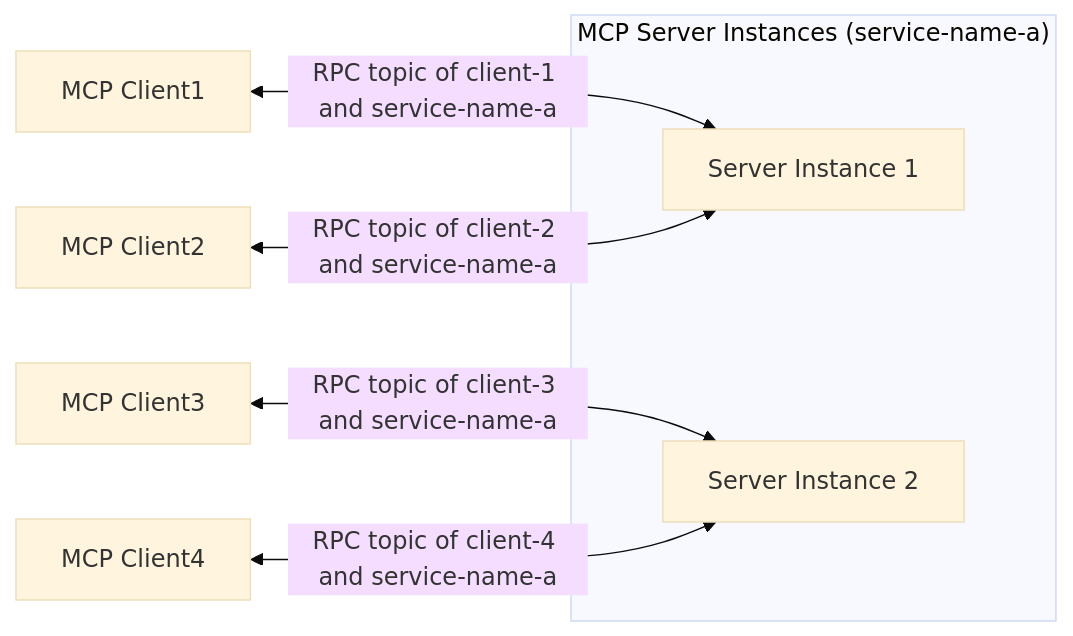
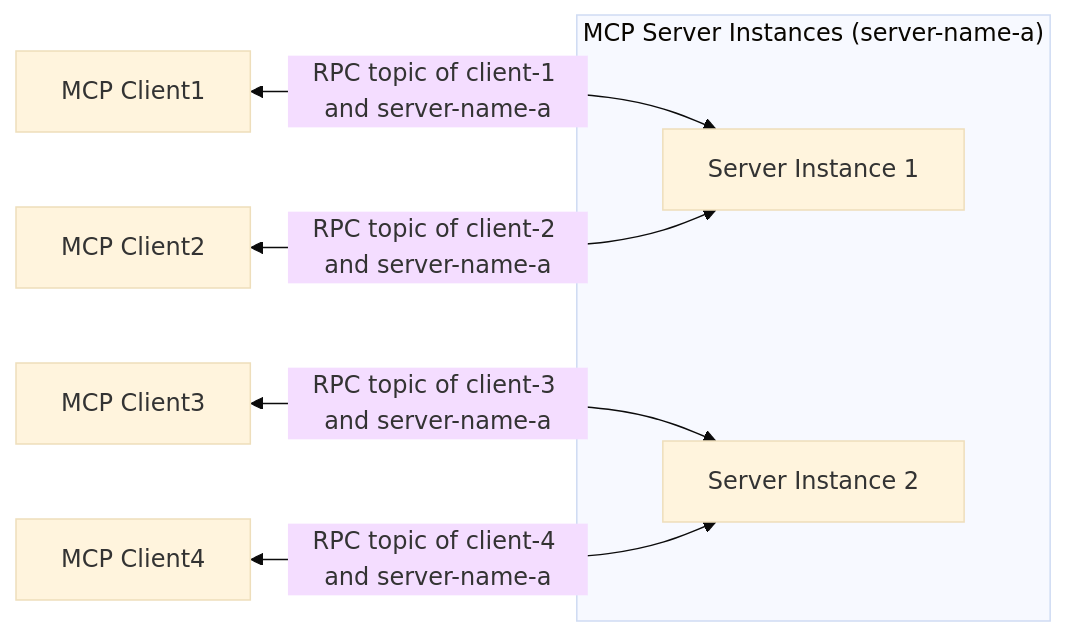
Before and after one commit to xiaokunzhang/mcp-over-mqtt-site: the second of 2 diagrams in mcp/specification/2025-03-26/basic/architecture.md, drawn with Mermaid (base theme). The commit also changed other lines of this file and 1 other file, not shown here.

Commit message:
rename service to server

````diff
--- a/mcp/specification/2025-03-26/basic/architecture.md
+++ b/mcp/specification/2025-03-26/basic/architecture.md
@@ -69,19 +69,19 @@
 ```mermaid
 graph LR
 
     C1["MCP Client1"]
     C2["MCP Client2"]
     C3["MCP Client3"]
     C4["MCP Client4"]
 
-    subgraph "MCP Server Instances (service-name-a)"
+    subgraph "MCP Server Instances (server-name-a)"
         S1[Server Instance 1]
         S2[Server Instance 2]
     end
 
-    C1 <-- "RPC topic of client-1 and service-name-a" --> S1
-    C2 <-- "RPC topic of client-2 and service-name-a" --> S1
-    C3 <-- "RPC topic of client-3 and service-name-a" --> S2
-    C4 <-- "RPC topic of client-4 and service-name-a" --> S2
+    C1 <-- "RPC topic of client-1 and server-name-a" --> S1
+    C2 <-- "RPC topic of client-2 and server-name-a" --> S1
+    C3 <-- "RPC topic of client-3 and server-name-a" --> S2
+    C4 <-- "RPC topic of client-4 and server-name-a" --> S2
 
 ```
````
